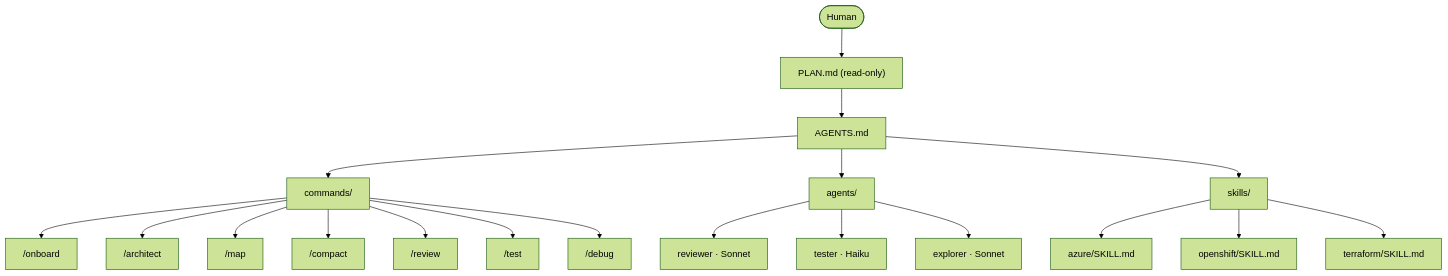
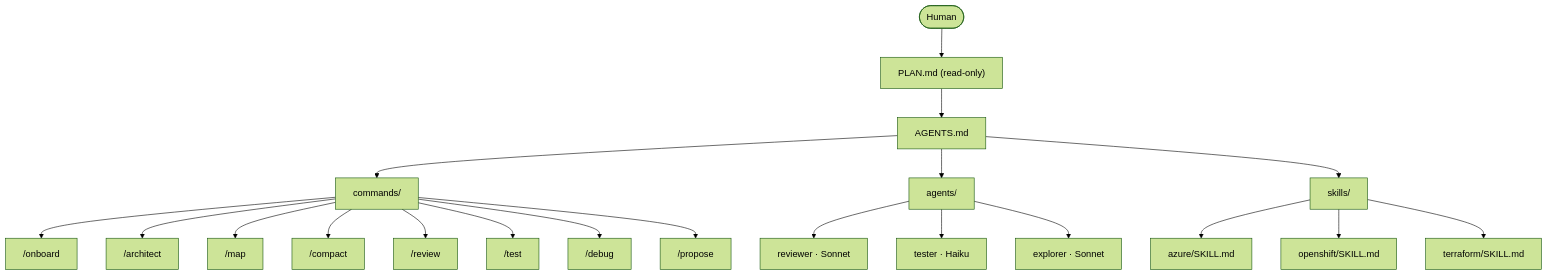
One commit to ba544a7c93f99fcc91e78e0c49c2008c/opencode-starter changed the first of 4 diagrams in README.md. Above: the diagram before and after it, drawn with Mermaid (forest theme). The commit also changed other lines of this file and 3 other files, not shown here.

Commit message:
fix: clarify advisory input params in tool schemas, add /propose to flowchart, correct line ceiling comment

````diff
--- a/README.md
+++ b/README.md
@@ -30,24 +30,25 @@
 ```mermaid
 flowchart TD
     H([Human]) --> P["PLAN.md (read-only)"]
     P --> A[AGENTS.md]
     A --> C[commands/]
     A --> AG[agents/]
     A --> SK[skills/]
 
     C --> c1["/onboard"]
     C --> c2["/architect"]
     C --> c3["/map"]
     C --> c4["/compact"]
     C --> c5["/review"]
     C --> c6["/test"]
     C --> c7["/debug"]
+    C --> c8["/propose"]
 
     AG --> a1["reviewer · Sonnet"]
     AG --> a2["tester · Haiku"]
     AG --> a3["explorer · Sonnet"]
 
     SK --> s1[azure/SKILL.md]
     SK --> s2[openshift/SKILL.md]
     SK --> s3[terraform/SKILL.md]
 ```
````
